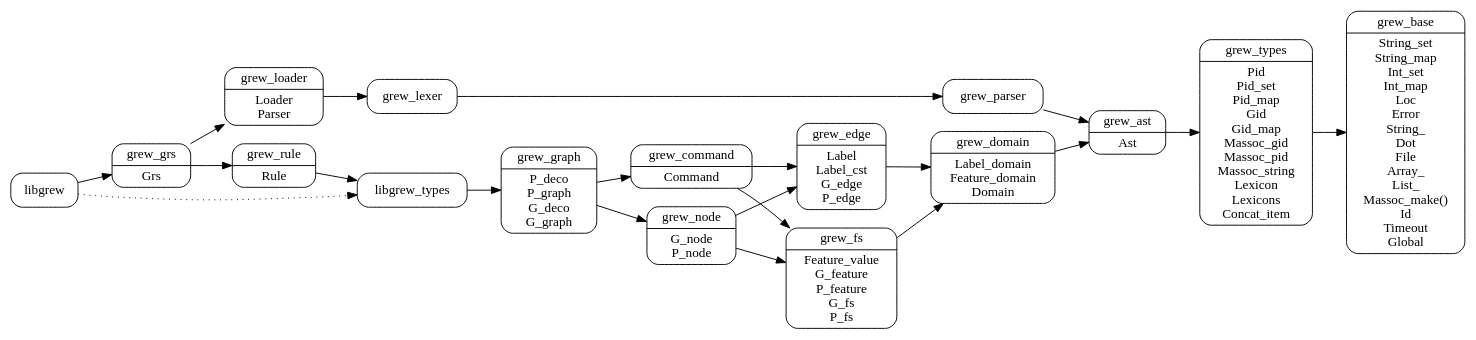
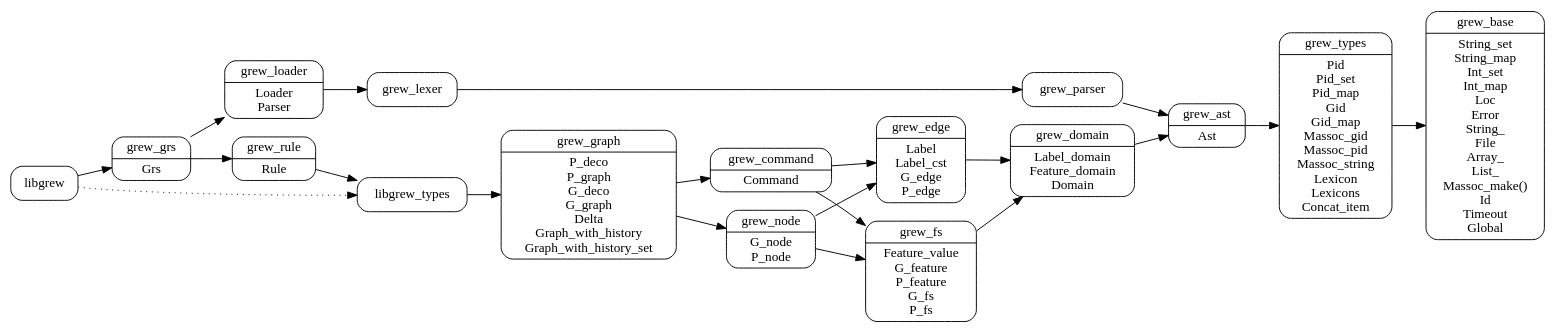
One commit to grew-nlp/grewlib changed the diagram in dev/arch.dot. Above: the diagram before and after it, drawn with Graphviz. The commit also changed 18 other files, not shown here.

```diff
--- a/dev/arch.dot
+++ b/dev/arch.dot
@@ -1,33 +1,33 @@
 digraph grew {
   node [shape=Mrecord];
   rankdir = LR;
-  grew_base [label="grew_base|String_set\nString_map\nInt_set\nInt_map\nLoc\nError\nString_\nDot\nFile\nArray_\nList_\nMassoc_make()\nId\nTimeout\nGlobal"]
+  grew_base [label="grew_base|String_set\nString_map\nInt_set\nInt_map\nLoc\nError\nString_\nFile\nArray_\nList_\nMassoc_make()\nId\nTimeout\nGlobal"]
   grew_types [label="grew_types|Pid\nPid_set\nPid_map\nGid\nGid_map\nMassoc_gid\nMassoc_pid\nMassoc_string\nLexicon\nLexicons\nConcat_item"]
   grew_ast [label="grew_ast|Ast"]
   grew_domain [label="grew_domain|Label_domain\nFeature_domain\nDomain"]
   grew_loader [label="grew_loader|Loader\nParser"]
   grew_fs [label="grew_fs|Feature_value\nG_feature\nP_feature\nG_fs\nP_fs"]
   grew_edge [label="grew_edge|Label\nLabel_cst\nG_edge\nP_edge"]
   grew_node [label="grew_node|G_node\nP_node"]
   grew_command [label="grew_command|Command"]
-  grew_graph [label="grew_graph|P_deco\nP_graph\nG_deco\nG_graph"]
+  grew_graph [label="grew_graph|P_deco\nP_graph\nG_deco\nG_graph\nDelta\nGraph_with_history\nGraph_with_history_set"]
   grew_rule [label="grew_rule|Rule"]
   grew_grs [label="grew_grs|Grs"]
 
 grew_domain -> grew_ast -> grew_types -> grew_base
 grew_edge -> grew_domain
 grew_fs -> grew_domain
 grew_command -> grew_edge
 grew_command -> grew_fs
 grew_node -> grew_edge
 grew_node -> grew_fs
 grew_graph -> grew_node
 grew_graph -> grew_command
 libgrew_types -> grew_graph
 grew_rule -> libgrew_types
 grew_grs -> grew_rule
 grew_grs -> grew_loader -> grew_lexer -> grew_parser -> grew_ast
 libgrew -> grew_grs
 
 libgrew -> libgrew_types [style=dotted]
 }
```
